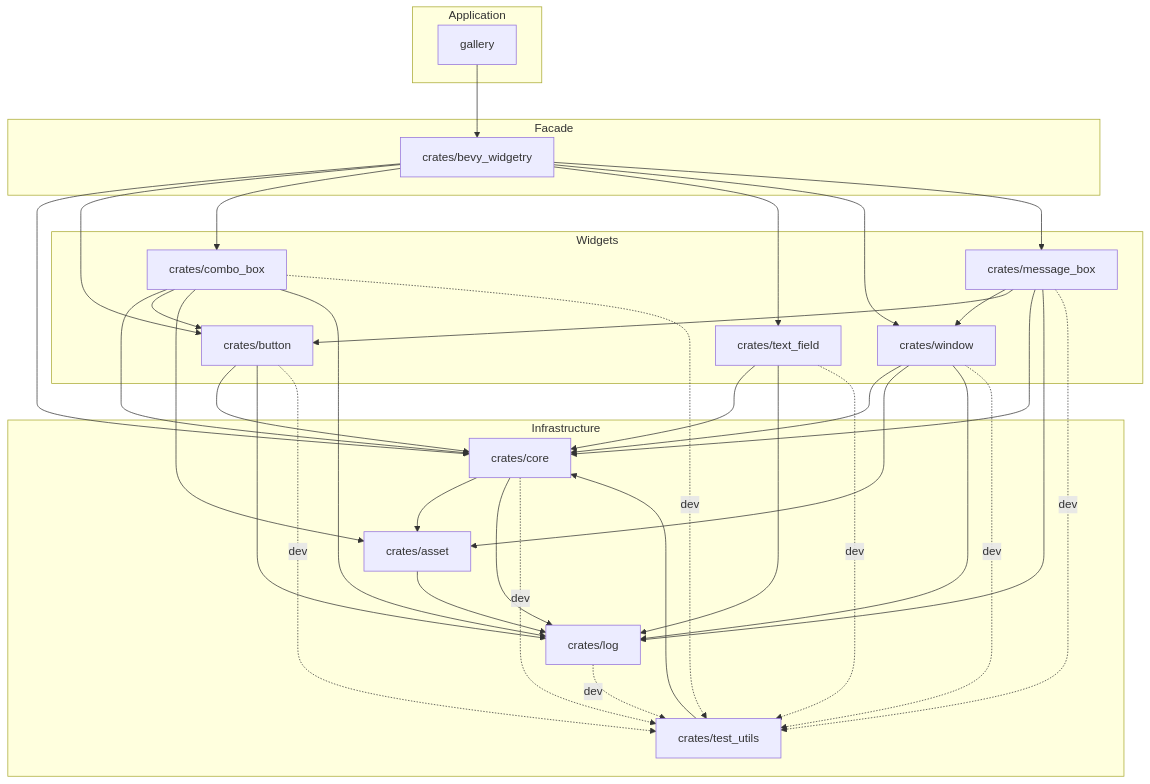
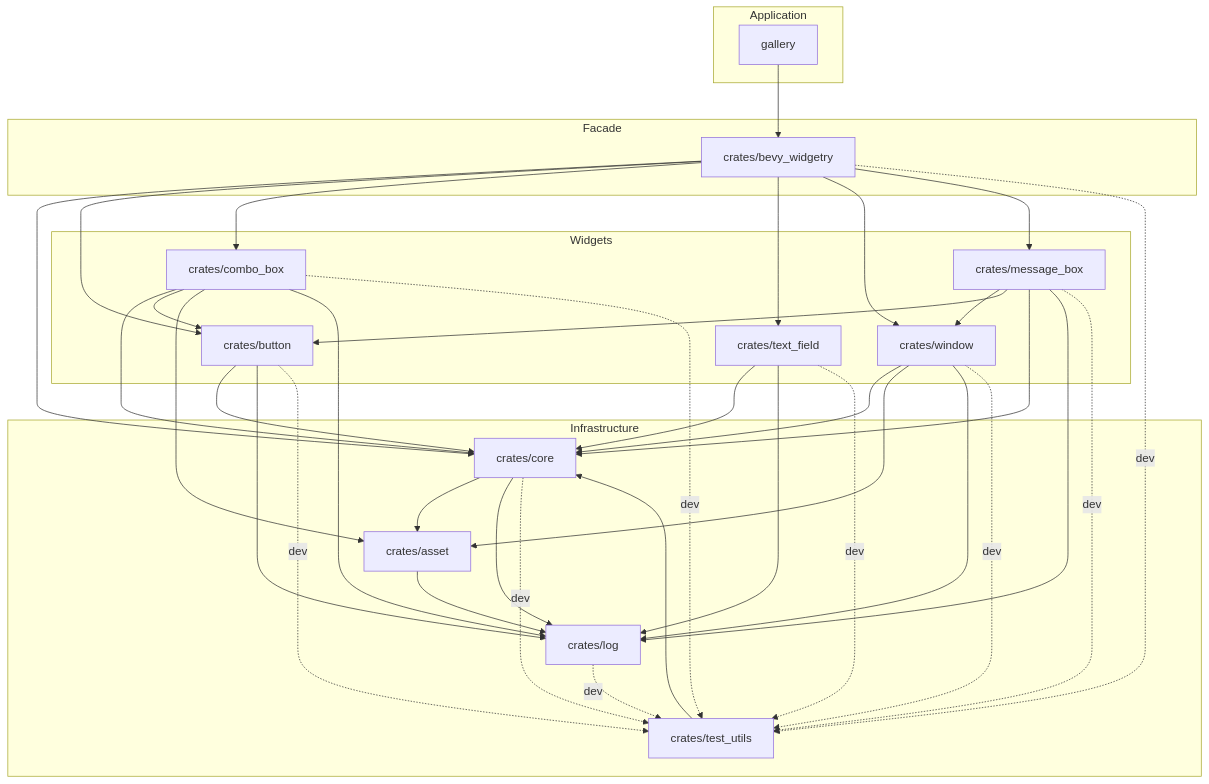
One commit to slc90/bevy_widgetry changed the diagram in docs/architecture.md. Above: the diagram before and after it, drawn with Mermaid. The commit also changed other lines of this file and 19 other files, not shown here.

````diff
--- a/docs/architecture.md
+++ b/docs/architecture.md
@@ -109,64 +117,65 @@
 ```mermaid
 flowchart TD
     subgraph Application
         gallery["gallery"]
     end
 
     subgraph Facade
         widgetry["crates/bevy_widgetry"]
     end
 
     subgraph Widgets
         button["crates/button"]
         combo_box["crates/combo_box"]
         text_field["crates/text_field"]
         window["crates/window"]
         message_box["crates/message_box"]
     end
 
     subgraph Infrastructure
         log["crates/log"]
         asset["crates/asset"]
         core["crates/core"]
         test_utils["crates/test_utils"]
     end
 
     gallery --> widgetry
 
     widgetry --> core
     widgetry --> button
     widgetry --> combo_box
     widgetry --> text_field
     widgetry --> window
     widgetry --> message_box
 
     message_box --> window
     message_box --> button
     message_box --> core
     message_box --> log
 
     button --> core
     combo_box --> core
     combo_box --> button
     combo_box --> asset
     text_field --> core
     window --> core
     window --> asset
     core --> asset
     asset --> log
     core --> log
     button --> log
     combo_box --> log
     text_field --> log
     window --> log
 
     test_utils --> core
 
+    widgetry -. dev .-> test_utils
     log -. dev .-> test_utils
     core -. dev .-> test_utils
     button -. dev .-> test_utils
     combo_box -. dev .-> test_utils
     text_field -. dev .-> test_utils
     window -. dev .-> test_utils
     message_box -. dev .-> test_utils
 ```
````
